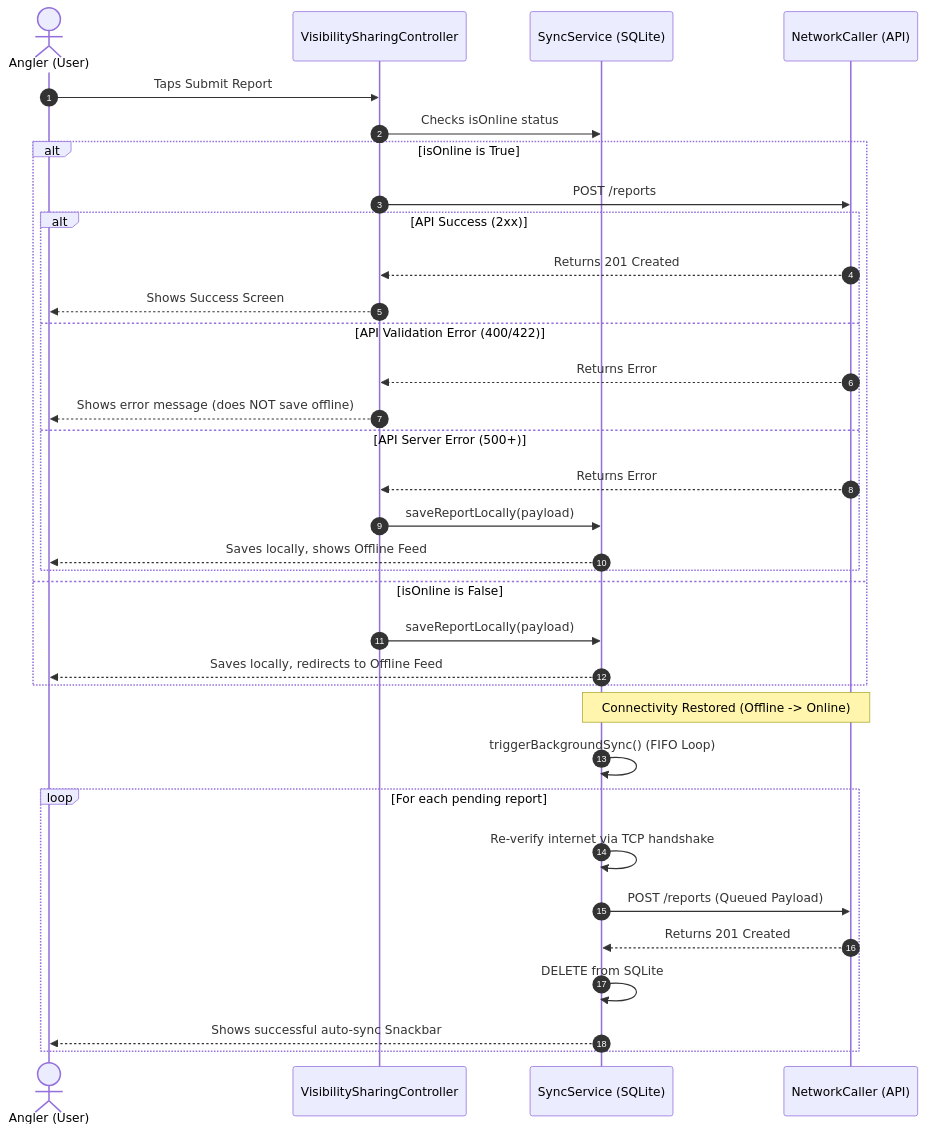
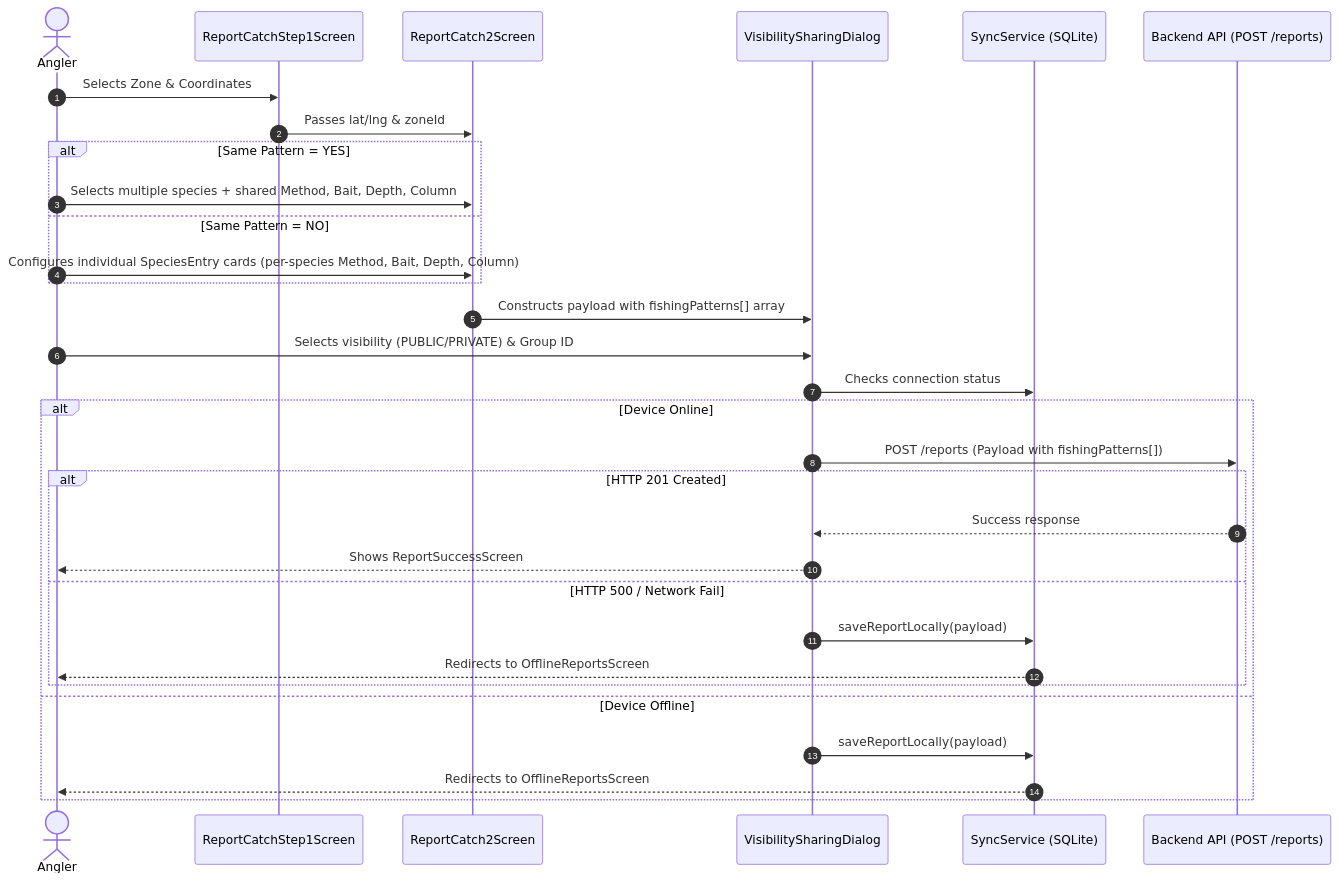
One commit to Kamrulbiswas009/offsore_fishing_app changed the diagram in ai_tracking_update.md. Above: the diagram before and after it, drawn with Mermaid. The commit also changed other lines of this file and 23 other files, not shown here.

Commit message:
feat: enhance map location handling with error fallback and improve report UI navigation with details view integration

````diff
--- a/ai_tracking_update.md
+++ b/ai_tracking_update.md
@@ -646,38 +1466,34 @@
 ```mermaid
 sequenceDiagram
     autonumber
-    actor Angler as Angler (User)
-    participant Ctrl as VisibilitySharingController
+    actor Angler
+    participant Step1 as ReportCatchStep1Screen
+    participant Step2 as ReportCatch2Screen
+    participant Step3 as VisibilitySharingDialog
     participant Sync as SyncService (SQLite)
-    participant Net as NetworkCaller (API)
+    participant API as Backend API (POST /reports)
 
-    Angler->>Ctrl: Taps Submit Report
-    Ctrl->>Sync: Checks isOnline status
-    alt isOnline is True
-        Ctrl->>Net: POST /reports
-        alt API Success (2xx)
-            Net-->>Ctrl: Returns 201 Created
-            Ctrl-->>Angler: Shows Success Screen
-        else API Validation Error (400/422)
-            Net-->>Ctrl: Returns Error
-            Ctrl-->>Angler: Shows error message (does NOT save offline)
-        else API Server Error (500+)
-            Net-->>Ctrl: Returns Error
-            Ctrl->>Sync: saveReportLocally(payload)
-            Sync-->>Angler: Saves locally, shows Offline Feed
+    Angler->>Step1: Selects Zone & Coordinates
+    Step1->>Step2: Passes lat/lng & zoneId
+    alt Same Pattern = YES
+        Angler->>Step2: Selects multiple species + shared Method, Bait, Depth, Column
+    else Same Pattern = NO
+        Angler->>Step2: Configures individual SpeciesEntry cards (per-species Method, Bait, Depth, Column)
+    end
+    Step2->>Step3: Constructs payload with fishingPatterns[] array
+    Angler->>Step3: Selects visibility (PUBLIC/PRIVATE) & Group ID
+    Step3->>Sync: Checks connection status
+    alt Device Online
+        Step3->>API: POST /reports (Payload with fishingPatterns[])
+        alt HTTP 201 Created
+            API-->>Step3: Success response
+            Step3-->>Angler: Shows ReportSuccessScreen
+        else HTTP 500 / Network Fail
+            Step3->>Sync: saveReportLocally(payload)
+            Sync-->>Angler: Redirects to OfflineReportsScreen
         end
-    else isOnline is False
-        Ctrl->>Sync: saveReportLocally(payload)
-        Sync-->>Angler: Saves locally, redirects to Offline Feed
-    end
-
-    Note over Sync, Net: Connectivity Restored (Offline -> Online)
-    Sync->>Sync: triggerBackgroundSync() (FIFO Loop)
-    loop For each pending report
-        Sync->>Sync: Re-verify internet via TCP handshake
-        Sync->>Net: POST /reports (Queued Payload)
-        Net-->>Sync: Returns 201 Created
-        Sync->>Sync: DELETE from SQLite
-        Sync-->>Angler: Shows successful auto-sync Snackbar
+    else Device Offline
+        Step3->>Sync: saveReportLocally(payload)
+        Sync-->>Angler: Redirects to OfflineReportsScreen
     end
 ```
````
